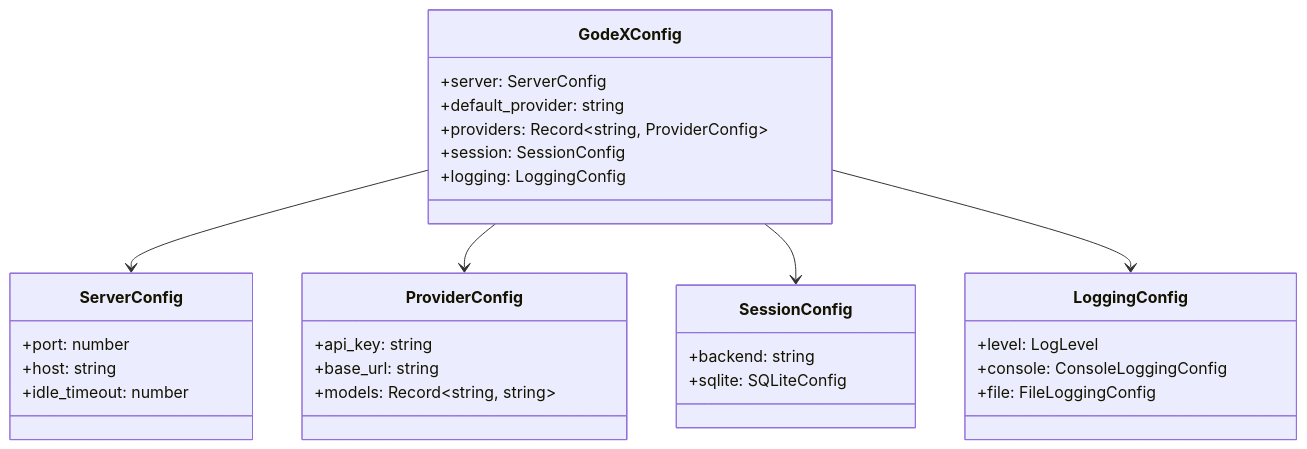
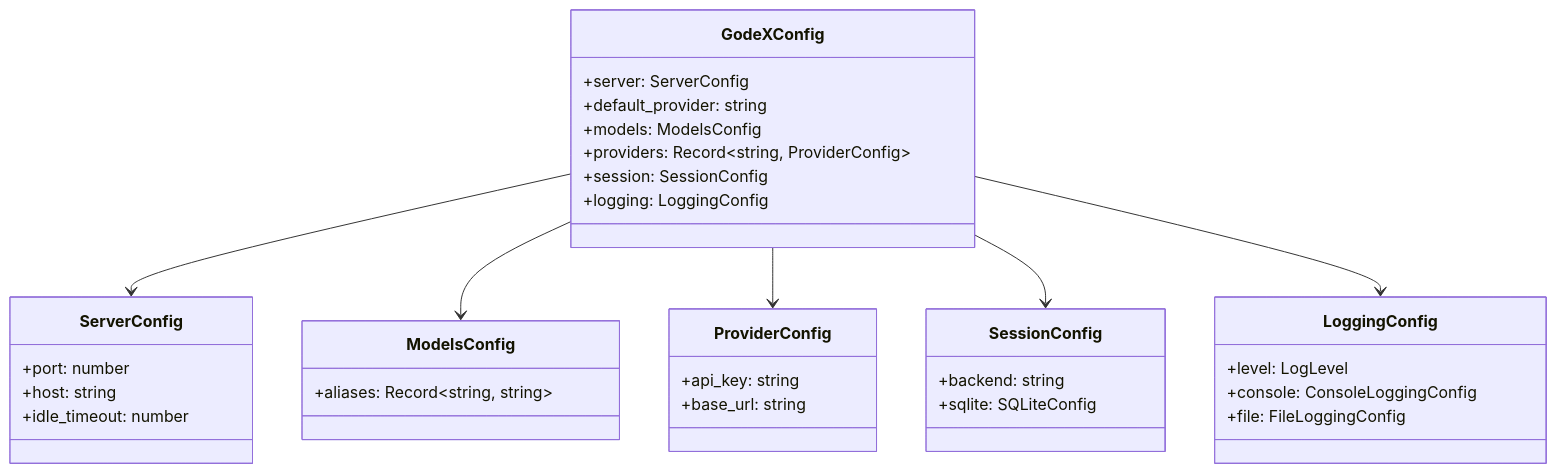
One commit to zamelee/GodeX changed the diagram in wiki/07-configuration/config-schema.md. Above: the diagram before and after it, drawn with Mermaid. The commit also changed other lines of this file and 8 other files, not shown here.

First line of the commit message:
doc: update docs for new models.aliases config format

````diff
--- a/wiki/07-configuration/config-schema.md
+++ b/wiki/07-configuration/config-schema.md
@@ -50,40 +52,45 @@
 ```mermaid
 classDiagram
   direction TB
 
   class GodeXConfig {
     +server: ServerConfig
     +default_provider: string
+    +models: ModelsConfig
     +providers: Record~string, ProviderConfig~
     +session: SessionConfig
     +logging: LoggingConfig
   }
 
   class ServerConfig {
     +port: number
     +host: string
     +idle_timeout: number
   }
 
   class ProviderConfig {
     +api_key: string
     +base_url: string
-    +models: Record~string, string~
+  }
+
+  class ModelsConfig {
+    +aliases: Record~string, string~
   }
 
   class SessionConfig {
     +backend: string
     +sqlite: SQLiteConfig
   }
 
   class LoggingConfig {
     +level: LogLevel
     +console: ConsoleLoggingConfig
     +file: FileLoggingConfig
   }
 
   GodeXConfig --> ServerConfig
+  GodeXConfig --> ModelsConfig
   GodeXConfig --> ProviderConfig
   GodeXConfig --> SessionConfig
   GodeXConfig --> LoggingConfig
 ```
````
